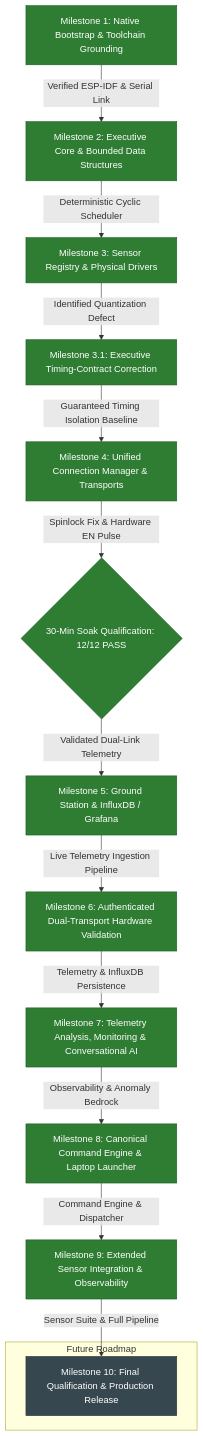
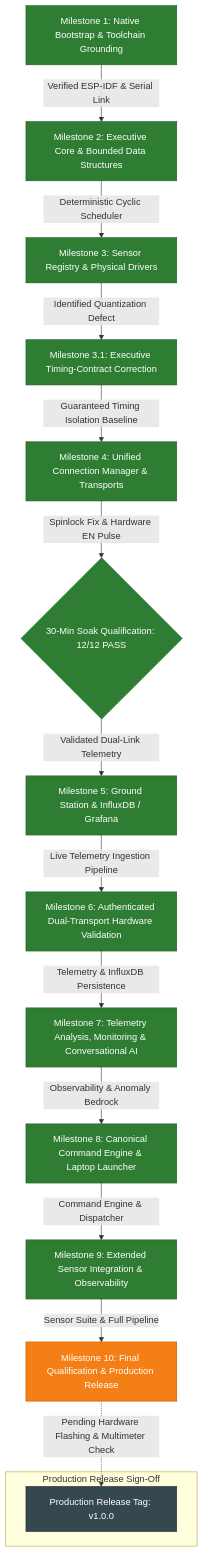
One commit to aryan-madhavi/NEXUS changed the diagram in docs/milestones/README.md. Above: the diagram before and after it, drawn with Mermaid. The commit also changed other lines of this file and 7 other files, not shown here.

First line of the commit message:
docs(m10): document final qualification, on-target validation, and release gates

````diff
--- a/docs/milestones/README.md
+++ b/docs/milestones/README.md
@@ -128,37 +141,40 @@
 ```mermaid
 flowchart TD
     M1[Milestone 1: Native Bootstrap & Toolchain Grounding]
     M2[Milestone 2: Executive Core & Bounded Data Structures]
     M3[Milestone 3: Sensor Registry & Physical Drivers]
     M3_1[Milestone 3.1: Executive Timing-Contract Correction]
     M4[Milestone 4: Unified Connection Manager & Transports]
     M4_Gate{30-Min Soak Qualification: 12/12 PASS}
     M5[Milestone 5: Ground Station & InfluxDB / Grafana]
     M6[Milestone 6: Authenticated Dual-Transport Hardware Validation]
     M7[Milestone 7: Telemetry Analysis, Monitoring & Conversational AI]
     M8[Milestone 8: Canonical Command Engine & Laptop Launcher]
     M9[Milestone 9: Extended Sensor Integration & Observability]
+    M10[Milestone 10: Final Qualification & Production Release]
     
-    subgraph Future Roadmap
-        M10[Milestone 10: Final Qualification & Production Release]
+    subgraph Production Release Sign-Off
+        REL[Production Release Tag: v1.0.0]
     end
 
     M1 -->|Verified ESP-IDF & Serial Link| M2
     M2 -->|Deterministic Cyclic Scheduler| M3
     M3 -->|Identified Quantization Defect| M3_1
     M3_1 -->|Guaranteed Timing Isolation Baseline| M4
     M4 -->|Spinlock Fix & Hardware EN Pulse| M4_Gate
     M4_Gate -->|Validated Dual-Link Telemetry| M5
     M5 -->|Live Telemetry Ingestion Pipeline| M6
     M6 -->|Telemetry & InfluxDB Persistence| M7
     M7 -->|Observability & Anomaly Bedrock| M8
     M8 -->|Command Engine & Dispatcher| M9
     M9 -->|Sensor Suite & Full Pipeline| M10
+    M10 -.->|Pending Hardware Flashing & Multimeter Check| REL
 
     classDef done fill:#2e7d32,stroke:#1b5e20,color:#ffffff;
     classDef pending fill:#f57f17,stroke:#bc5100,color:#ffffff;
     classDef future fill:#37474f,stroke:#263238,color:#ffffff;
     
     class M1,M2,M3,M3_1,M4,M4_Gate,M5,M6,M7,M8,M9 done;
-    class M10 future;
+    class M10 pending;
+    class REL future;
 ```
````
